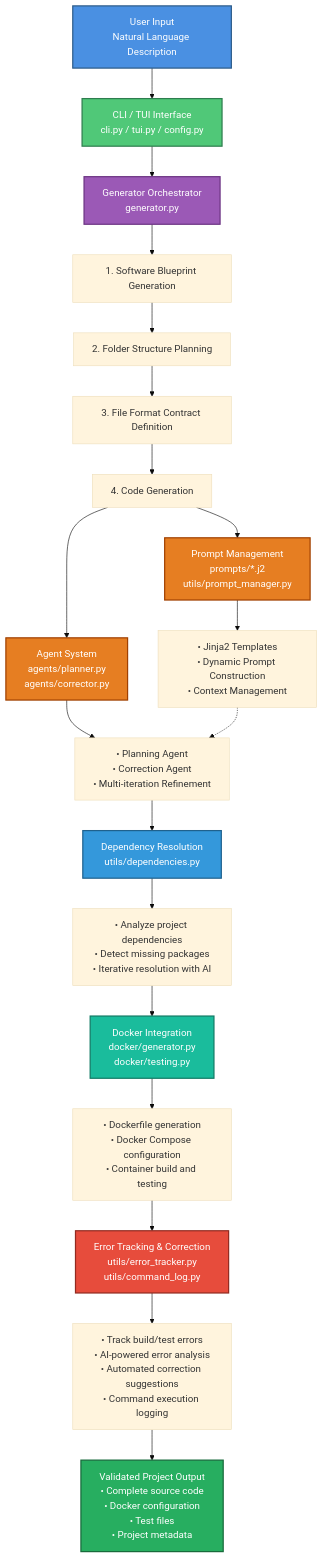
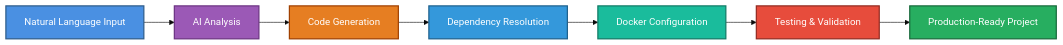
The diagram in README.md (HyperKuvid-Labs/alpha-stack), drawn with Mermaid (base theme) before and after one commit. The commit also changed other lines of this file, not shown here.

Commit message:
docs: Revise README.md for clarity and conciseness, updating project description and flow diagram

````diff
--- a/README.md
+++ b/README.md
@@ -26,43 +11,17 @@
 ```mermaid
-graph TD
-    A[User Input<br/>Natural Language Description] --> B[CLI / TUI Interface<br/>cli.py / tui.py / config.py]
-
-    B --> C[Generator Orchestrator<br/>generator.py]
-
-    C --> C1[1. Software Blueprint Generation]
-    C1 --> C2[2. Folder Structure Planning]
-    C2 --> C3[3. File Format Contract Definition]
-    C3 --> C4[4. Code Generation]
-
-    C4 --> D[Agent System<br/>agents/planner.py<br/>agents/corrector.py]
-    C4 --> E[Prompt Management<br/>prompts/*.j2<br/>utils/prompt_manager.py]
-
-    D --> D1[• Planning Agent<br/>• Correction Agent<br/>• Multi-iteration Refinement]
-    E --> E1[• Jinja2 Templates<br/>• Dynamic Prompt Construction<br/>• Context Management]
-
-    E1 -.-> D1
-
-    D1 --> F[Dependency Resolution<br/>utils/dependencies.py]
-
-    F --> F1[• Analyze project dependencies<br/>• Detect missing packages<br/>• Iterative resolution with AI]
-
-    F1 --> G[Docker Integration<br/>docker/generator.py<br/>docker/testing.py]
-
-    G --> G1[• Dockerfile generation<br/>• Docker Compose configuration<br/>• Container build and testing]
-
-    G1 --> H[Error Tracking & Correction<br/>utils/error_tracker.py<br/>utils/command_log.py]
-
-    H --> H1[• Track build/test errors<br/>• AI-powered error analysis<br/>• Automated correction suggestions<br/>• Command execution logging]
-
-    H1 --> I[Validated Project Output<br/>• Complete source code<br/>• Docker configuration<br/>• Test files<br/>• Project metadata]
+graph LR
+    A[Natural Language Input] --> B[AI Analysis]
+    B --> C[Code Generation]
+    C --> D[Dependency Resolution]
+    D --> E[Docker Configuration]
+    E --> F[Testing & Validation]
+    F --> G[Production-Ready Project]
 
     style A fill:#4A90E2,stroke:#2E5C8A,stroke-width:2px,color:#fff
-    style B fill:#50C878,stroke:#2E7D4E,stroke-width:2px,color:#fff
-    style C fill:#9B59B6,stroke:#6C3483,stroke-width:2px,color:#fff
-    style D fill:#E67E22,stroke:#A04000,stroke-width:2px,color:#fff
-    style E fill:#E67E22,stroke:#A04000,stroke-width:2px,color:#fff
-    style F fill:#3498DB,stroke:#1F618D,stroke-width:2px,color:#fff
-    style G fill:#1ABC9C,stroke:#117A65,stroke-width:2px,color:#fff
-    style H fill:#E74C3C,stroke:#922B21,stroke-width:2px,color:#fff
-    style I fill:#27AE60,stroke:#186A3B,stroke-width:2px,color:#fff
+    style B fill:#9B59B6,stroke:#6C3483,stroke-width:2px,color:#fff
+    style C fill:#E67E22,stroke:#A04000,stroke-width:2px,color:#fff
+    style D fill:#3498DB,stroke:#1F618D,stroke-width:2px,color:#fff
+    style E fill:#1ABC9C,stroke:#117A65,stroke-width:2px,color:#fff
+    style F fill:#E74C3C,stroke:#922B21,stroke-width:2px,color:#fff
+    style G fill:#27AE60,stroke:#186A3B,stroke-width:2px,color:#fff
 ```
````
